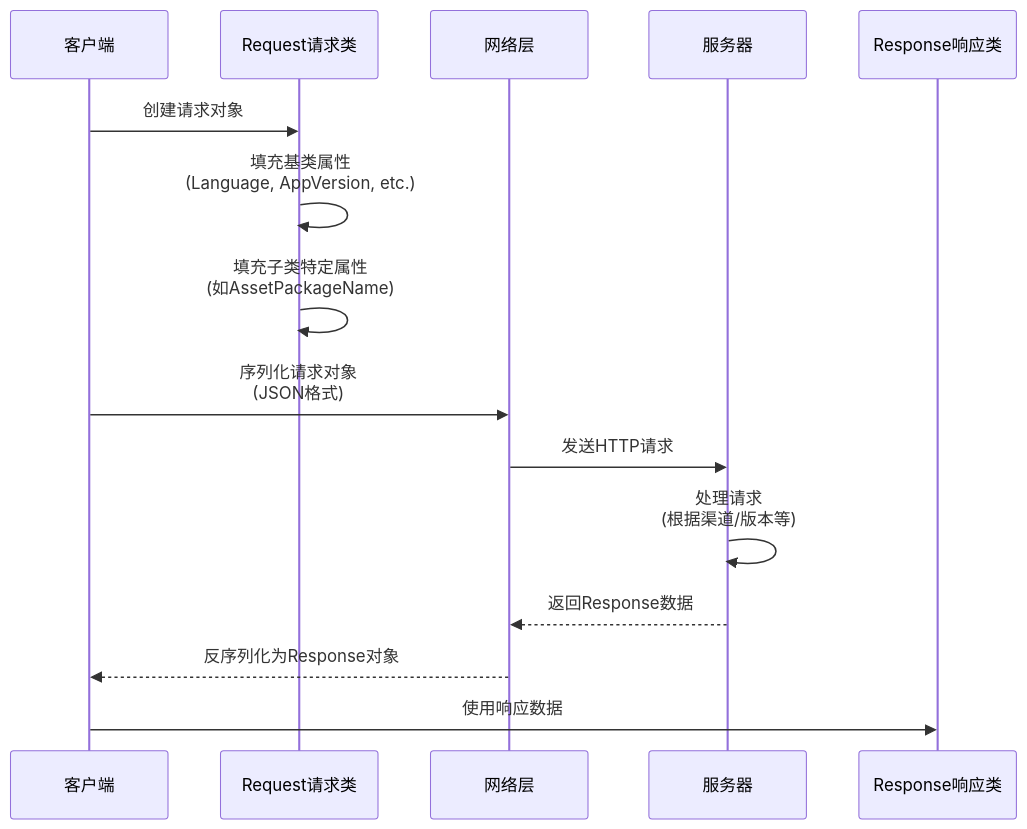
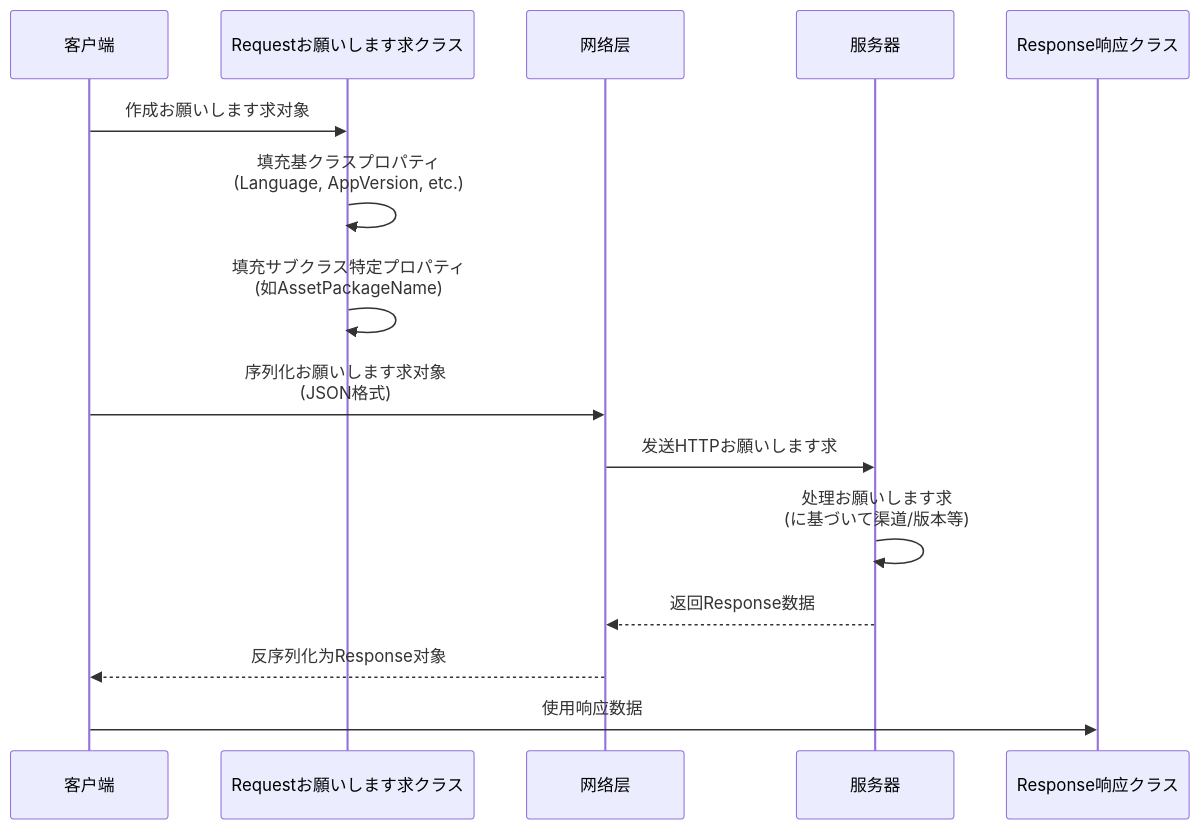
Before and after one commit to AlianBlank/GameFrameX.Docs: the second of 2 diagrams in docs/ja/client/unity/component/globalconfig/04.request-classes.md, drawn with Mermaid. The commit also changed other lines of this file and 603 other files, not shown here.

````diff
--- a/docs/ja/client/unity/component/globalconfig/04.request-classes.md
+++ b/docs/ja/client/unity/component/globalconfig/04.request-classes.md
@@ -184,18 +184,18 @@
 ```mermaid
 sequenceDiagram
     participant Client as 客户端
-    participant Req as Request请求类
+    participant Req as Requestお願いします求クラス
     participant Net as 网络层
     participant Server as 服务器
-    participant Resp as Response响应类
+    participant Resp as Response响应クラス
 
-    Client->>Req: 创建请求对象
-    Req->>Req: 填充基类属性<br/>(Language, AppVersion, etc.)
-    Req->>Req: 填充子类特定属性<br/>(如AssetPackageName)
-    Client->>Net: 序列化请求对象<br/>(JSON格式)
-    Net->>Server: 发送HTTP请求
-    Server->>Server: 处理请求<br/>(根据渠道/版本等)
+    Client->>Req: 作成お願いします求对象
+    Req->>Req: 填充基クラスプロパティ<br/>(Language, AppVersion, etc.)
+    Req->>Req: 填充サブクラス特定プロパティ<br/>(如AssetPackageName)
+    Client->>Net: 序列化お願いします求对象<br/>(JSON格式)
+    Net->>Server: 发送HTTPお願いします求
+    Server->>Server: 处理お願いします求<br/>(に基づいて渠道/版本等)
     Server-->>Net: 返回Response数据
     Net-->>Client: 反序列化为Response对象
     Client->>Resp: 使用响应数据
 ```
````
